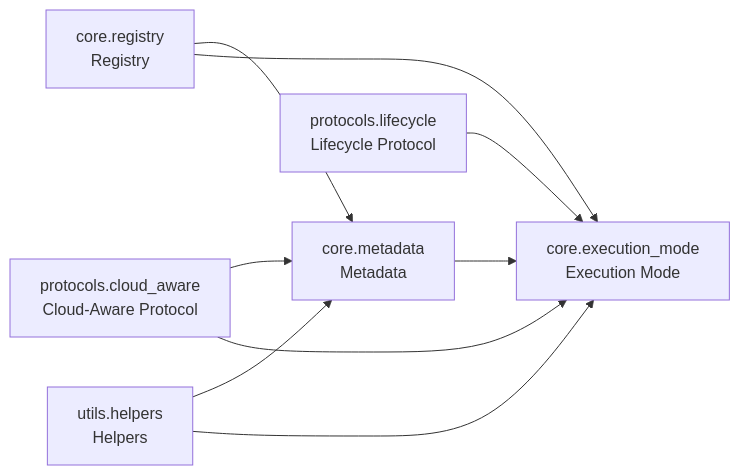
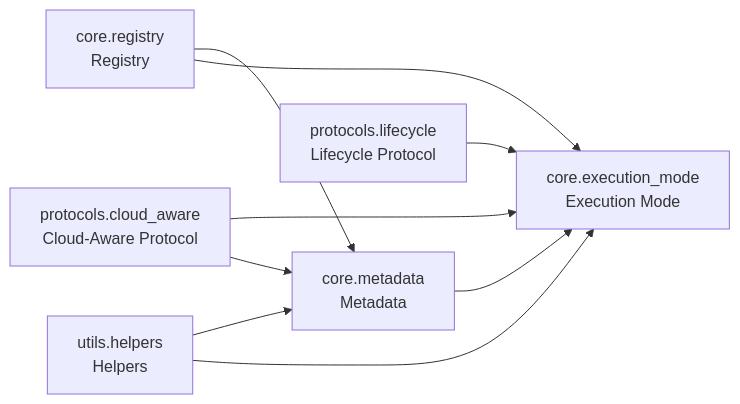
One commit to cj-mills/cjm-fasthtml-plugins changed the diagram in README.md. Above: the diagram before and after it, drawn with Mermaid. The commit also changed other lines of this file and 13 other files, not shown here.

````diff
--- a/README.md
+++ b/README.md
@@ -29,18 +29,18 @@
 ``` mermaid
 graph LR
     core_execution_mode[core.execution_mode<br/>Execution Mode]
     core_metadata[core.metadata<br/>Metadata]
     core_registry[core.registry<br/>Registry]
     protocols_cloud_aware[protocols.cloud_aware<br/>Cloud-Aware Protocol]
     protocols_lifecycle[protocols.lifecycle<br/>Lifecycle Protocol]
     utils_helpers[utils.helpers<br/>Helpers]
 
     core_metadata --> core_execution_mode
     core_registry --> core_metadata
     core_registry --> core_execution_mode
+    protocols_cloud_aware --> core_execution_mode
     protocols_cloud_aware --> core_metadata
-    protocols_cloud_aware --> core_execution_mode
     protocols_lifecycle --> core_execution_mode
     utils_helpers --> core_metadata
     utils_helpers --> core_execution_mode
 ```
````
